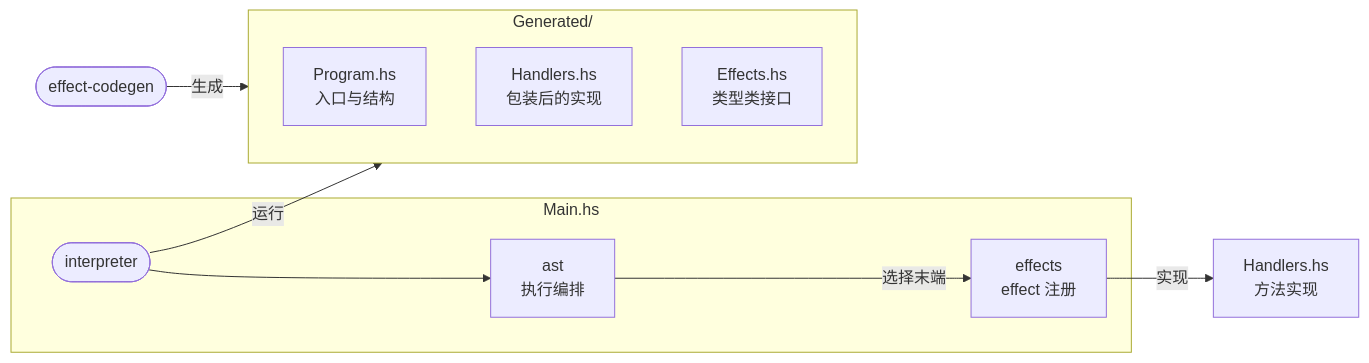
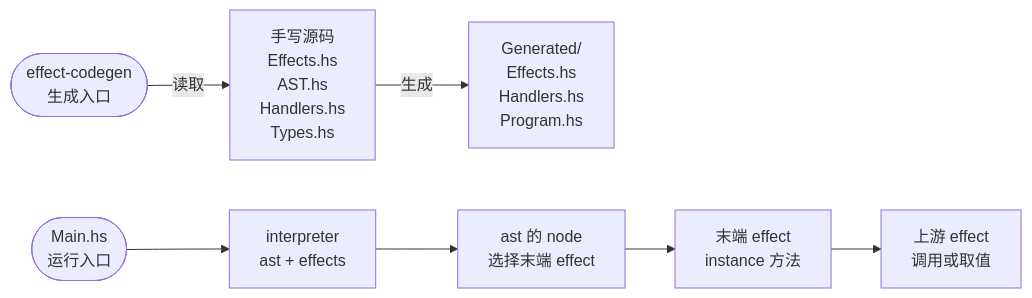
Before and after one commit to cartesianc/algebraic-effect-sys-in-haskell: the diagram in README.md, drawn with Mermaid. The commit also changed other lines of this file, not shown here.

Commit message:
docs: show codegen and Main as the two entry points in the README diagram

````diff
--- a/README.md
+++ b/README.md
@@ -43,17 +43,10 @@
 ```mermaid
 flowchart LR
-  subgraph Main["Main.hs"]
-    Interp(["interpreter"]) --> AST["ast<br/>执行编排"]
-    AST -- 选择末端 --> Effects["effects<br/>effect 注册"]
-  end
-  Effects -- 实现 --> Handlers["Handlers.hs<br/>方法实现"]
-  Interp -- 运行 --> Generated
+  Codegen(["effect-codegen<br/>生成入口"]) -- 读取 --> Sources["手写源码<br/>Effects.hs<br/>AST.hs<br/>Handlers.hs<br/>Types.hs"]
+  Sources -- 生成 --> Generated["Generated/<br/>Effects.hs<br/>Handlers.hs<br/>Program.hs"]
 
-  subgraph Generated["Generated/"]
-    Program["Program.hs<br/>入口与结构"]
-    GenHandlers["Handlers.hs<br/>包装后的实现"]
-    GenEffects["Effects.hs<br/>类型类接口"]
-  end
-
-  Codegen(["effect-codegen"]) -- 生成 --> Generated
+  Main(["Main.hs<br/>运行入口"]) --> Interp["interpreter<br/>ast + effects"]
+  Interp --> Node["ast 的 node<br/>选择末端 effect"]
+  Node --> Terminal["末端 effect<br/>instance 方法"]
+  Terminal --> Upstream["上游 effect<br/>调用或取值"]
 ```
````
